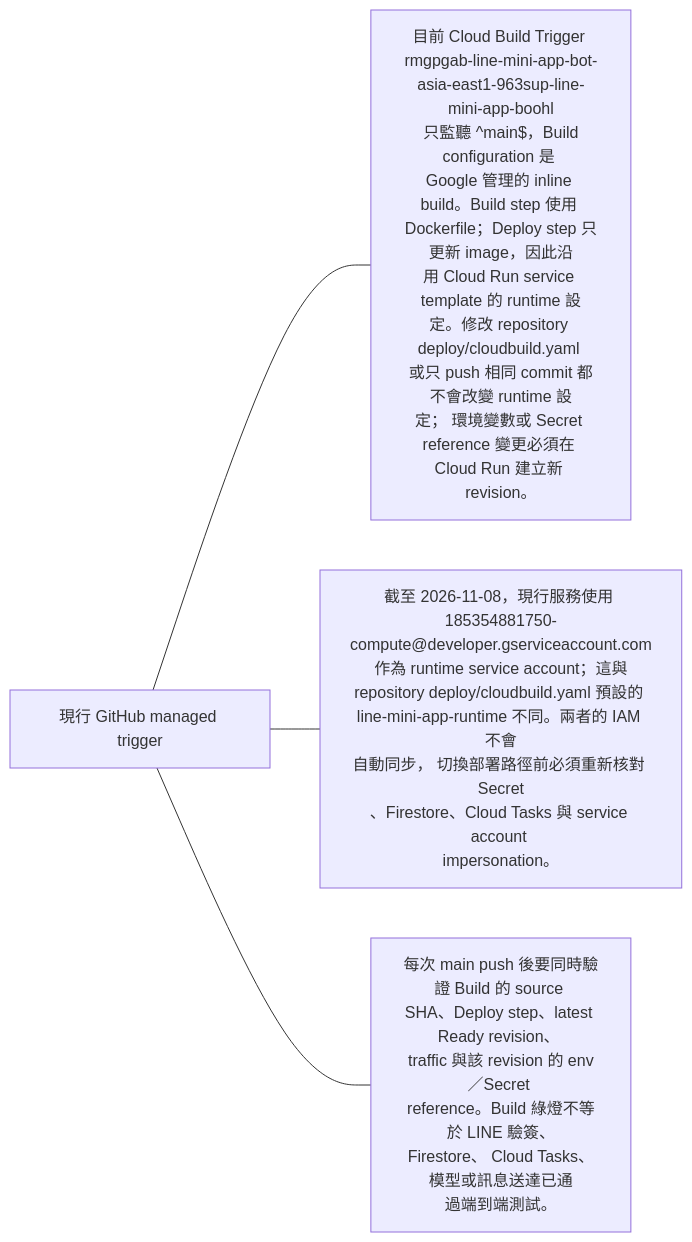
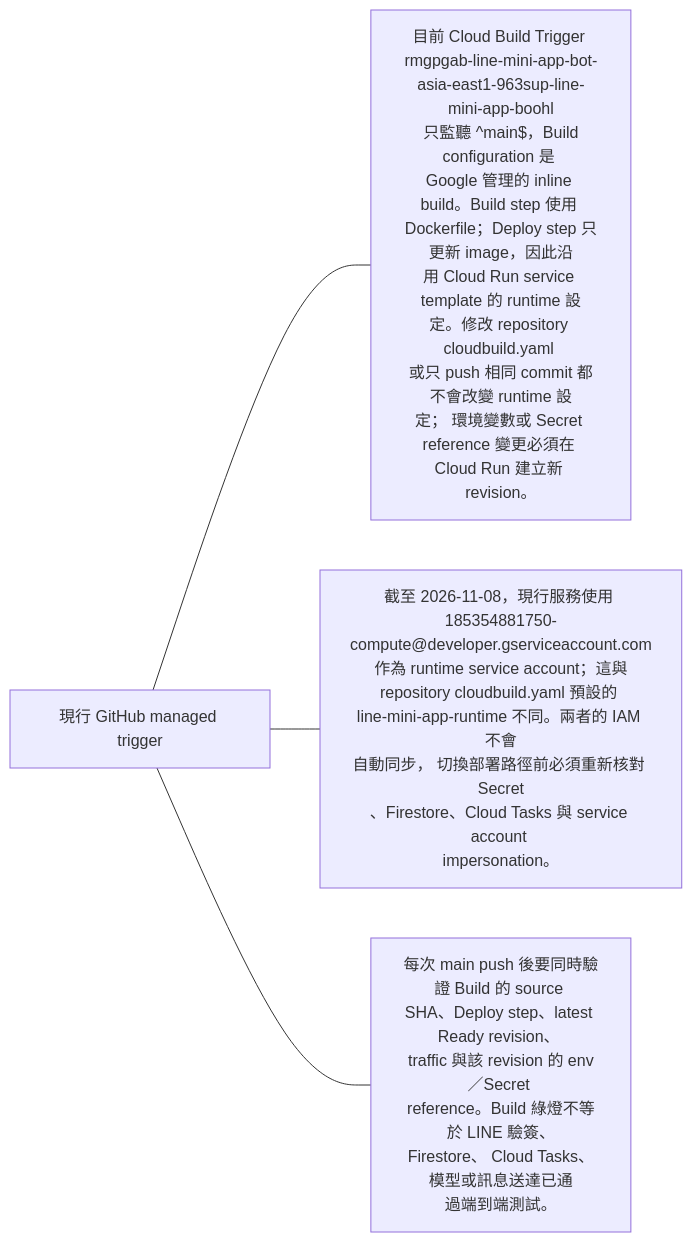
Before and after one commit to 963sup/line-mini-app-bot: diagram 15 of 19 in docs/operations/cloud-run.md, drawn with Mermaid. The commit also changed other lines of this file and 22 other files, not shown here.

````diff
--- a/docs/operations/cloud-run.md
+++ b/docs/operations/cloud-run.md
@@ -162,7 +168,7 @@
 ```mermaid
 flowchart LR
   h["現行 GitHub managed trigger"]
-  h --- n0["目前 Cloud Build Trigger <br/>rmgpgab-line-mini-app-bot-asia-east1-963sup-line-mini-app-boohl<br/> 只監聽 ^main$，Build configuration 是 <br/>Google 管理的 inline build。Build step 使用 <br/>Dockerfile；Deploy step 只更新 image，因此沿<br/>用 Cloud Run service template 的 runtime 設<br/>定。修改 repository deploy/cloudbuild.yaml <br/>或只 push 相同 commit 都不會改變 runtime 設<br/>定； 環境變數或 Secret reference 變更必須在 <br/>Cloud Run 建立新 revision。"]
-  h --- n1["截至 2026-11-08，現行服務使用 <br/>185354881750-compute@developer.gserviceaccount.com<br/> 作為 runtime service account；這與 <br/>repository deploy/cloudbuild.yaml 預設的 <br/>line-mini-app-runtime 不同。兩者的 IAM 不會<br/>自動同步， 切換部署路徑前必須重新核對 Secret<br/>、Firestore、Cloud Tasks 與 service account <br/>impersonation。"]
+  h --- n0["目前 Cloud Build Trigger <br/>rmgpgab-line-mini-app-bot-asia-east1-963sup-line-mini-app-boohl<br/> 只監聽 ^main$，Build configuration 是 <br/>Google 管理的 inline build。Build step 使用 <br/>Dockerfile；Deploy step 只更新 image，因此沿<br/>用 Cloud Run service template 的 runtime 設<br/>定。修改 repository cloudbuild.yaml <br/>或只 push 相同 commit 都不會改變 runtime 設<br/>定； 環境變數或 Secret reference 變更必須在 <br/>Cloud Run 建立新 revision。"]
+  h --- n1["截至 2026-11-08，現行服務使用 <br/>185354881750-compute@developer.gserviceaccount.com<br/> 作為 runtime service account；這與 <br/>repository cloudbuild.yaml 預設的 <br/>line-mini-app-runtime 不同。兩者的 IAM 不會<br/>自動同步， 切換部署路徑前必須重新核對 Secret<br/>、Firestore、Cloud Tasks 與 service account <br/>impersonation。"]
   h --- n2["每次 main push 後要同時驗證 Build 的 source <br/>SHA、Deploy step、latest Ready revision、 <br/>traffic 與該 revision 的 env／Secret <br/>reference。Build 綠燈不等於 LINE 驗簽、<br/>Firestore、 Cloud Tasks、模型或訊息送達已通<br/>過端到端測試。"]
 ```
````
